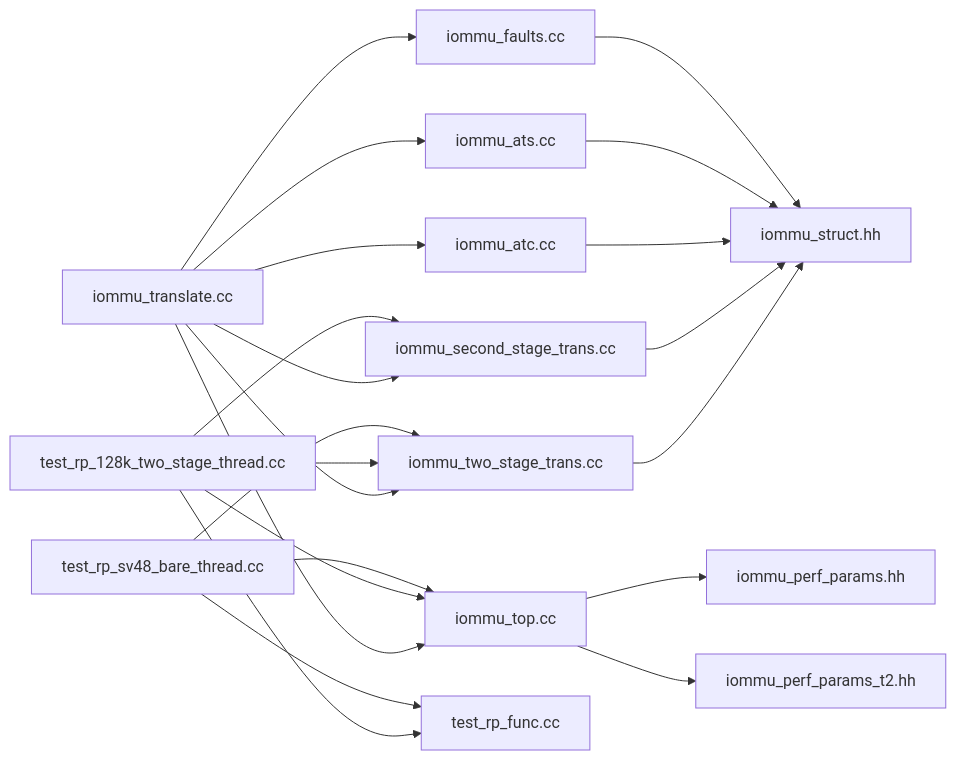
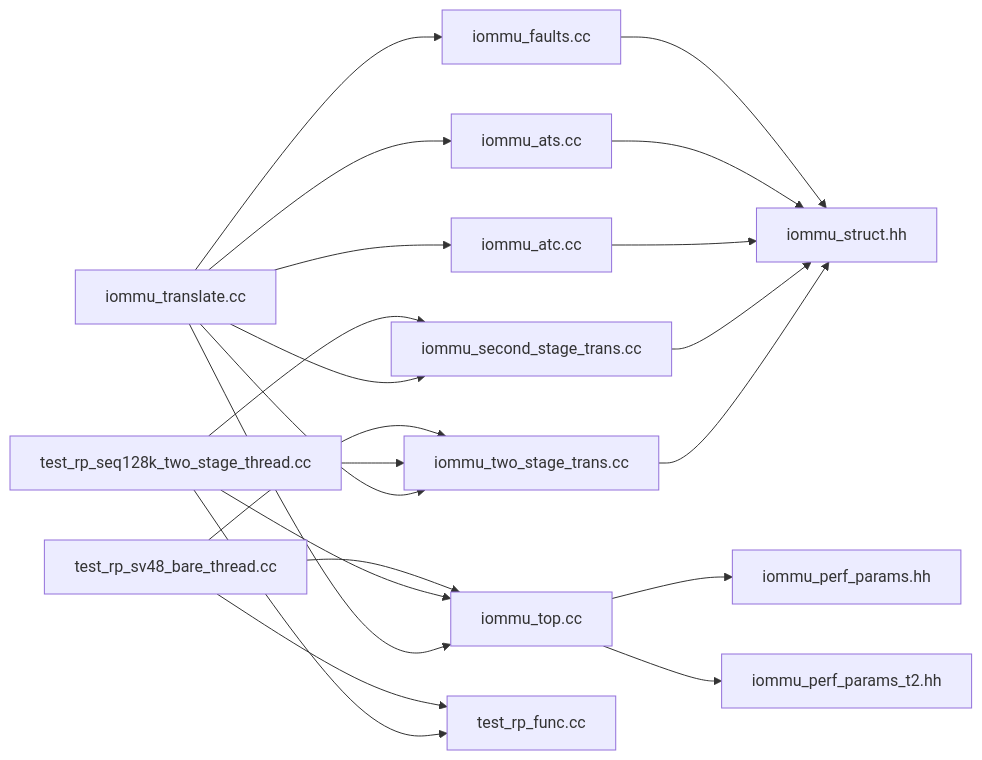
Before and after one commit to jiangjiang1122/iommu_model_20260401_v1: the ninth of 9 diagrams in .qoder/repowiki/zh/content/IOMMU核心功能/地址转换引擎.md, drawn with Mermaid. The commit also changed other lines of this file and 159 other files, not shown here.

Commit message:
chore: 更新知识库文档 + 新增PTW并发分析图表与数据文件

````diff
--- a/.qoder/repowiki/zh/content/IOMMU核心功能/地址转换引擎.md
+++ b/.qoder/repowiki/zh/content/IOMMU核心功能/地址转换引擎.md
@@ -499,23 +512,23 @@
 ```mermaid
 graph LR
 Translate["iommu_translate.cc"] --> TwoStage["iommu_two_stage_trans.cc"]
 Translate --> SecondStage["iommu_second_stage_trans.cc"]
 Translate --> ATC["iommu_atc.cc"]
 Translate --> ATS["iommu_ats.cc"]
 Translate --> Fault["iommu_faults.cc"]
 Translate --> Top["iommu_top.cc"]
 TwoStage --> Struct["iommu_struct.hh"]
 SecondStage --> Struct
 ATC --> Struct
 ATS --> Struct
 Fault --> Struct
 Top --> PerfParams["iommu_perf_params.hh"]
 Top --> PerfParamsT2["iommu_perf_params_t2.hh"]
-TestRP["test_rp_128k_two_stage_thread.cc"] --> TestFunc["test_rp_func.cc"]
+TestRP["test_rp_seq128k_two_stage_thread.cc"] --> TestFunc["test_rp_func.cc"]
 TestRP --> TwoStage
 TestRP --> SecondStage
 TestSV48["test_rp_sv48_bare_thread.cc"] --> TestFunc
 TestSV48 --> TwoStage
 TestRP --> Top
 TestSV48 --> Top
 ```
````
